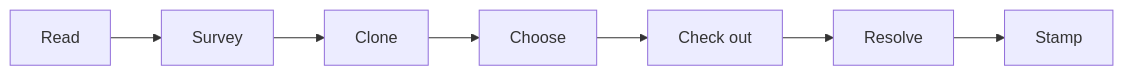
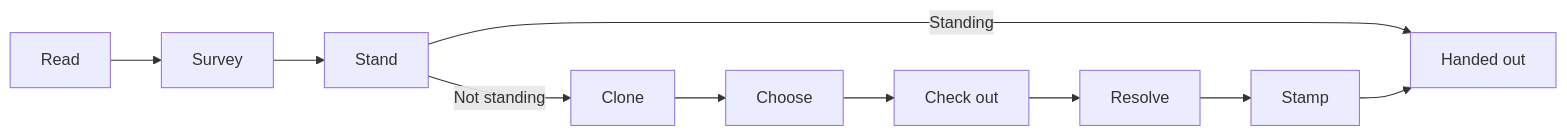
Before and after one commit to lewis-dot-software/muster: the first of 2 diagrams in docs/architecture.md, drawn with Mermaid. The commit also changed other lines of this file, not shown here.

Commit message:
docs: The architecture corrected from v0.1.0's repo read, its claims, seams and refusals

````diff
--- a/docs/architecture.md
+++ b/docs/architecture.md
@@ -16,9 +16,12 @@
 ```mermaid
 flowchart LR
   read["Read"] --> survey["Survey"]
-  survey --> clone["Clone"]
+  survey --> stand["Stand"]
+  stand -- "Standing" --> out["Handed out"]
+  stand -- "Not standing" --> clone["Clone"]
   clone --> choose["Choose"]
   choose --> check["Check out"]
   check --> resolve["Resolve"]
   resolve --> stamp["Stamp"]
+  stamp --> out
 ```
````
